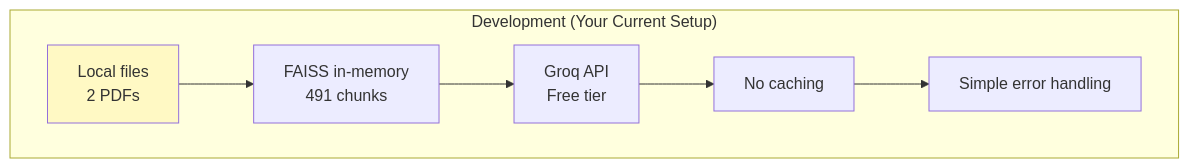
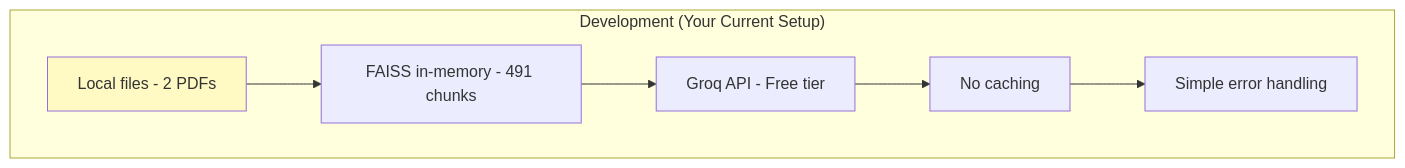
One commit to indhra/llm_rag_sec_findings changed the first of 5 diagrams in docs/learning/09-production.md. Above: the diagram before and after it, drawn with Mermaid. The commit also changed other lines of this file and 9 other files, not shown here.

````diff
--- a/docs/learning/09-production.md
+++ b/docs/learning/09-production.md
@@ -24,17 +24,17 @@
 ```mermaid
 graph TB
     subgraph "Development (Your Current Setup)"
-        D1[Local files<br/>2 PDFs]
-        D2[FAISS in-memory<br/>491 chunks]
-        D3[Groq API<br/>Free tier]
+        D1[Local files - 2 PDFs]
+        D2[FAISS in-memory - 491 chunks]
+        D3[Groq API - Free tier]
         D4[No caching]
         D5[Simple error handling]
         
         D1 --> D2
         D2 --> D3
         D3 --> D4
         D4 --> D5
     end
     
     style D1 fill:#fff9c4
 ```
````
